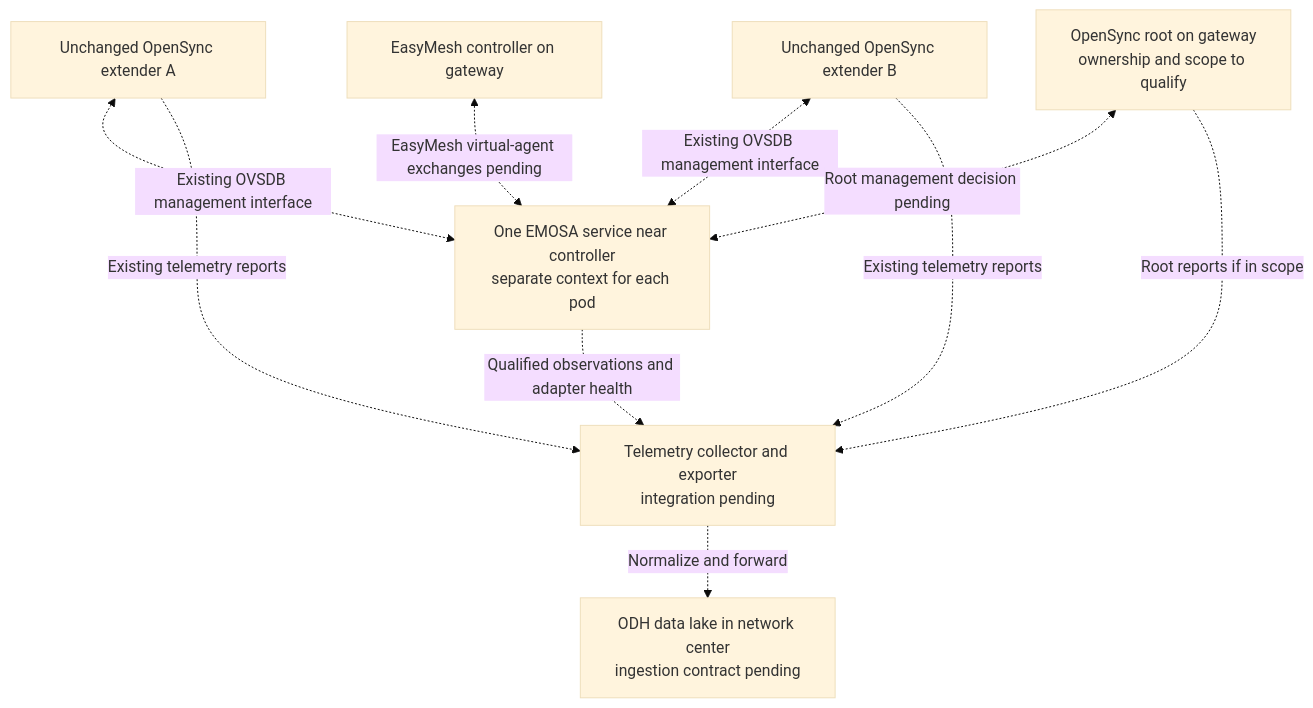
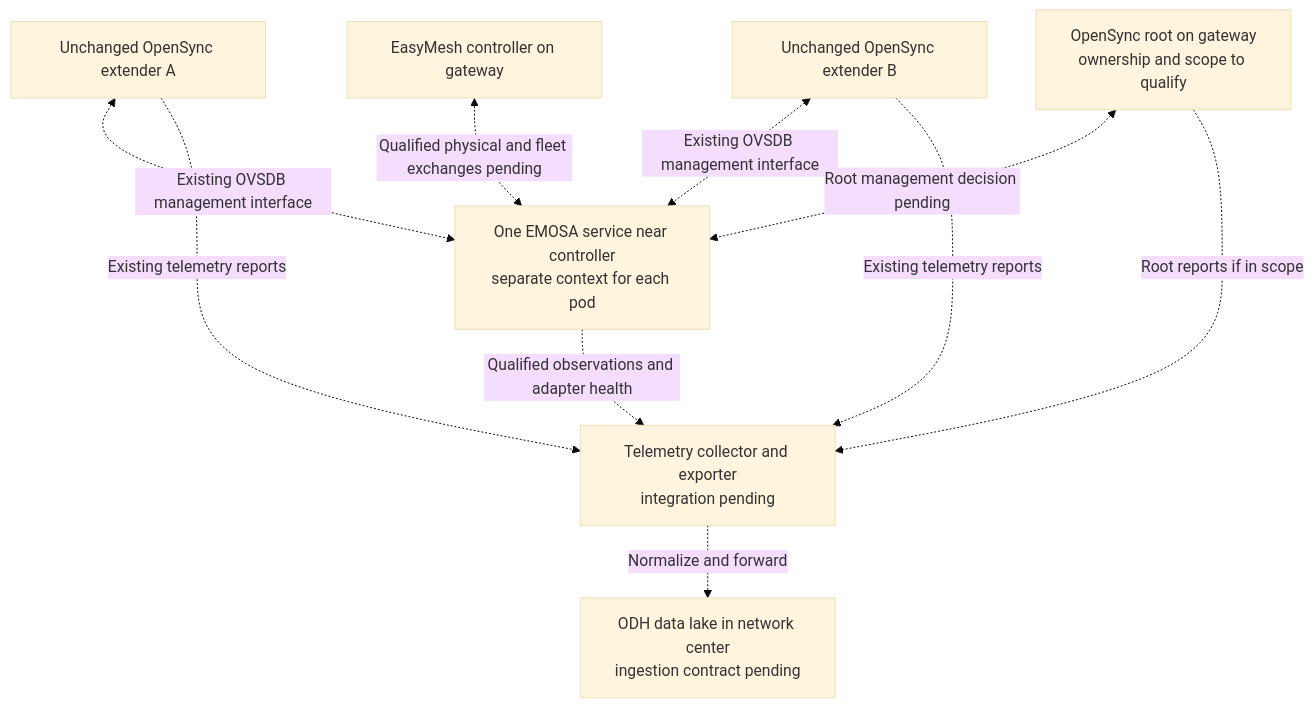
Before and after one commit to boardfarmdevs/emosa-lab: the sixth of 7 diagrams in doc/guides/team-manual.md, drawn with Mermaid (base theme). The commit also changed other lines of this file and 62 other files, not shown here.

````diff
--- a/doc/guides/team-manual.md
+++ b/doc/guides/team-manual.md
@@ -671,19 +684,19 @@
 ```mermaid
 flowchart TB
     C[EasyMesh controller on gateway]
     E[One EMOSA service near controller<br/>separate context for each pod]
     A[Unchanged OpenSync extender A]
     B[Unchanged OpenSync extender B]
     R[OpenSync root on gateway<br/>ownership and scope to qualify]
     Q[Telemetry collector and exporter<br/>integration pending]
     O[ODH data lake in network center<br/>ingestion contract pending]
-    C <-.->|EasyMesh virtual-agent exchanges pending| E
+    C <-.->|Qualified physical and fleet exchanges pending| E
     A <-.->|Existing OVSDB management interface| E
     B <-.->|Existing OVSDB management interface| E
     R <-.->|Root management decision pending| E
     A -.->|Existing telemetry reports| Q
     B -.->|Existing telemetry reports| Q
     R -.->|Root reports if in scope| Q
     E -.->|Qualified observations and adapter health| Q
     Q -.->|Normalize and forward| O
 ```
````
